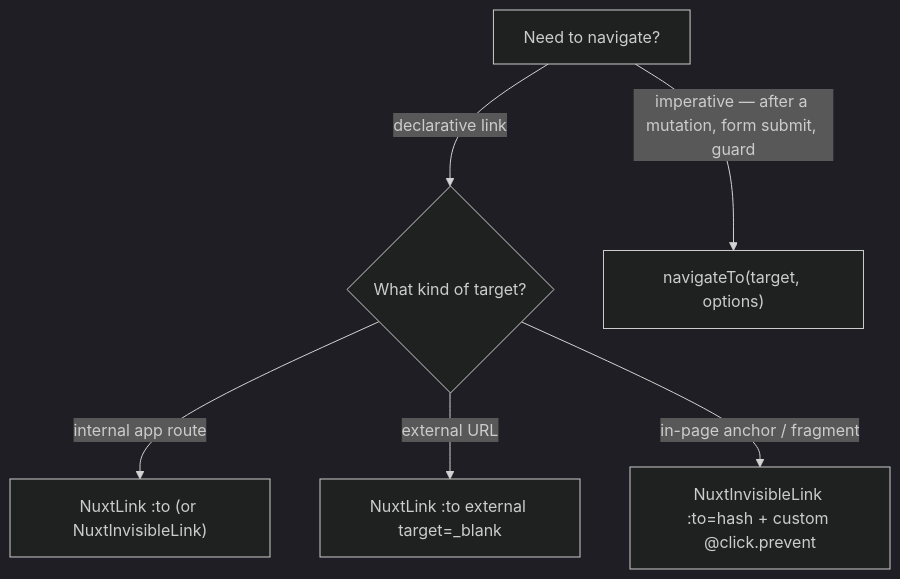
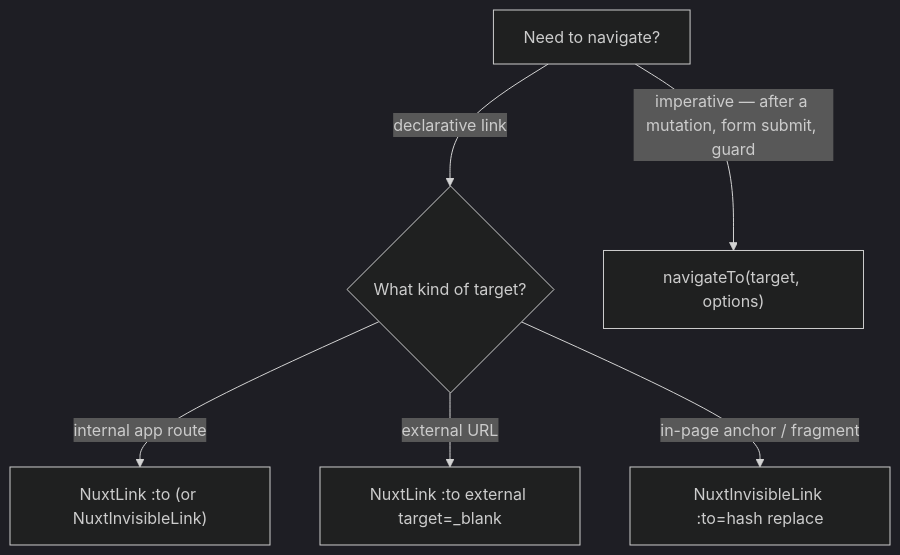
The diagram in packages/app/content/docs/architecture/navigation.md (Esposter/Esposter), drawn with Mermaid (dark theme) before and after one commit. The commit also changed other lines of this file and 3 other files, not shown here.

````diff
--- a/packages/app/content/docs/architecture/navigation.md
+++ b/packages/app/content/docs/architecture/navigation.md
@@ -12,8 +12,8 @@
 ```mermaid
 flowchart TD
   START["Need to navigate?"] -->|declarative link| KIND{"What kind of target?"}
   START -->|imperative — after a mutation, form submit, guard| NAV["navigateTo(target, options)"]
   KIND -->|internal app route| INTERNAL["NuxtLink :to (or NuxtInvisibleLink)"]
   KIND -->|external URL| EXTERNAL["NuxtLink :to external target=_blank"]
-  KIND -->|in-page anchor / fragment| HASH["NuxtInvisibleLink :to=hash + custom @click.prevent"]
+  KIND -->|in-page anchor / fragment| HASH["NuxtInvisibleLink :to=hash replace"]
 ```
````
